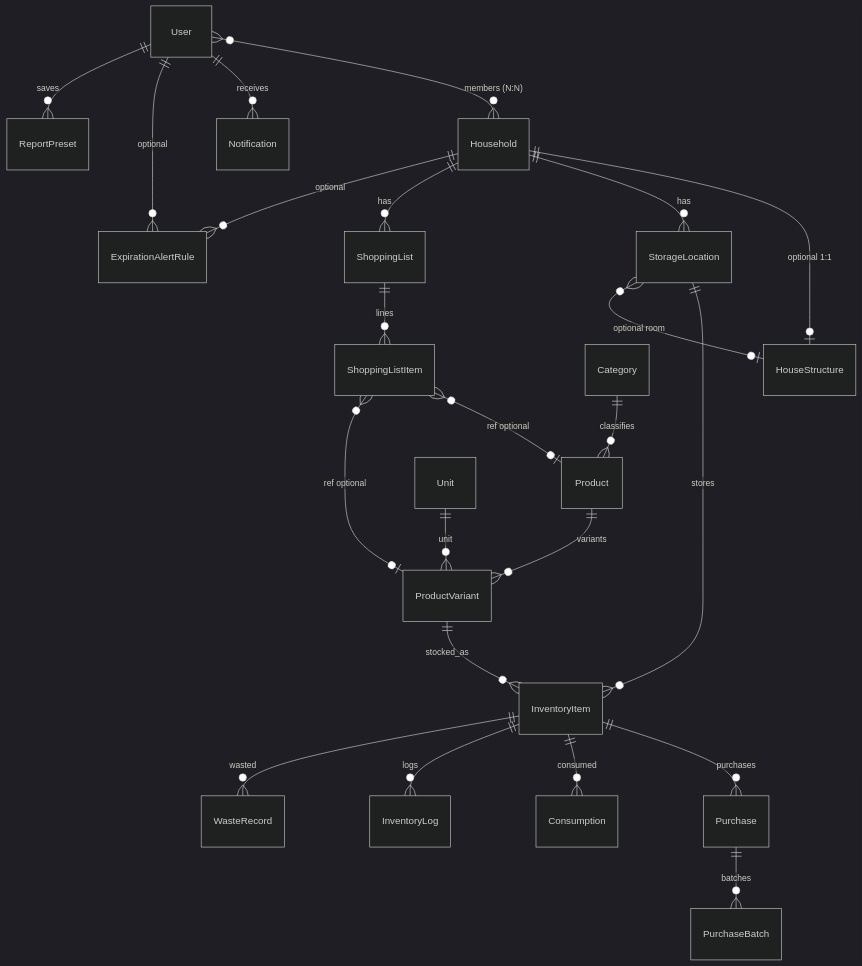
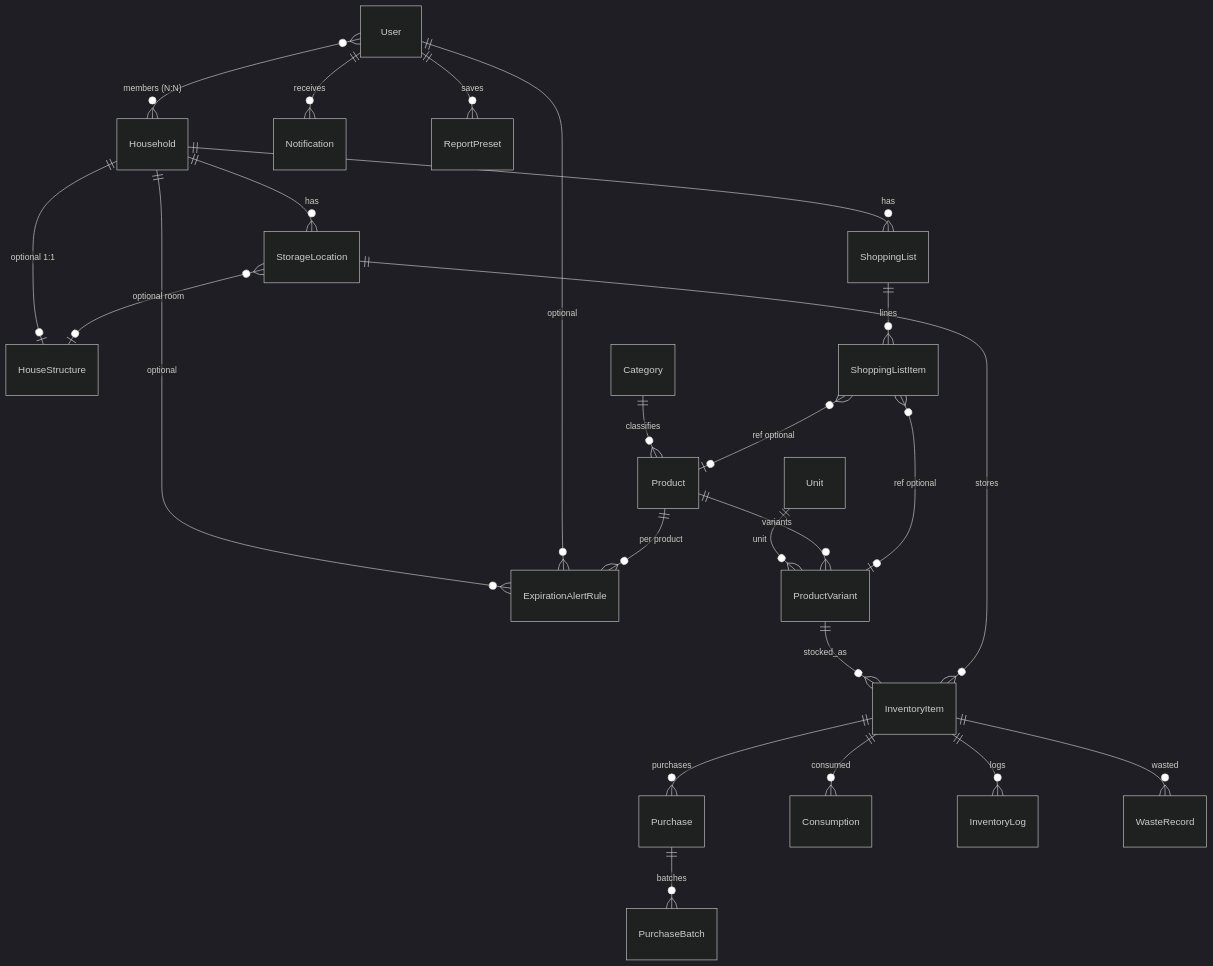
Before and after one commit to wukdddang/home-inventory-manager: the diagram in backend/docs/er-diagram.md, drawn with Mermaid (dark theme). The commit also changed other lines of this file and 5 other files, not shown here.

````diff
--- a/backend/docs/er-diagram.md
+++ b/backend/docs/er-diagram.md
@@ -89,31 +89,32 @@
 ```mermaid
 erDiagram
     User }o--o{ Household : "members (N:N)"
 
     Household ||--o| HouseStructure : "optional 1:1"
     Household ||--o{ StorageLocation : has
     Household ||--o{ ShoppingList : has
     Household ||--o{ ExpirationAlertRule : "optional"
 
     User ||--o{ Notification : receives
     User ||--o{ ExpirationAlertRule : "optional"
     User ||--o{ ReportPreset : saves
 
     Category ||--o{ Product : classifies
 
     Unit ||--o{ ProductVariant : unit
     Product ||--o{ ProductVariant : variants
+    Product ||--o{ ExpirationAlertRule : "per product"
     ProductVariant ||--o{ InventoryItem : stocked_as
     StorageLocation ||--o{ InventoryItem : stores
     StorageLocation }o--o| HouseStructure : "optional room"
 
     InventoryItem ||--o{ Purchase : purchases
     Purchase ||--o{ PurchaseBatch : batches
     InventoryItem ||--o{ Consumption : consumed
     InventoryItem ||--o{ InventoryLog : logs
     InventoryItem ||--o{ WasteRecord : wasted
 
     ShoppingList ||--o{ ShoppingListItem : lines
     ShoppingListItem }o--o| Product : "ref optional"
     ShoppingListItem }o--o| ProductVariant : "ref optional"
 ```
````
